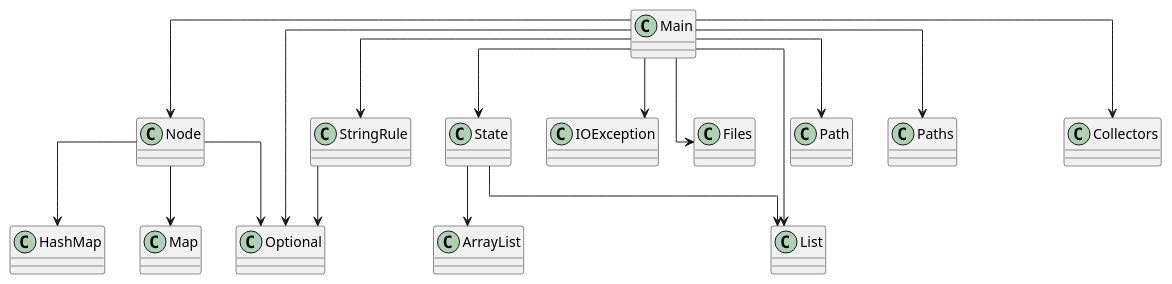
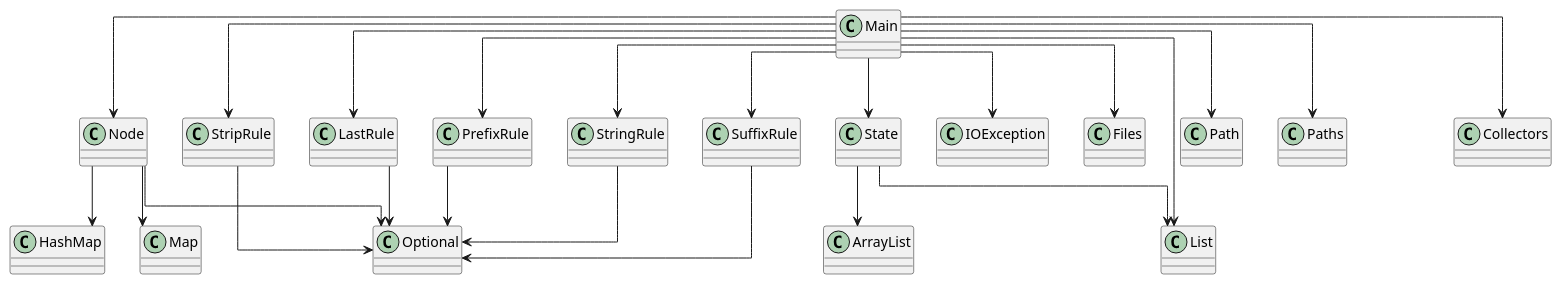
One commit to SirMathhman/Magma changed the diagram in diagram.puml. Above: the diagram before and after it, drawn with PlantUML. The commit also changed 5 other files, not shown here.

```diff
--- a/diagram.puml
+++ b/diagram.puml
@@ -1,23 +1,34 @@
 @startuml
 skinparam linetype ortho
 Node --> HashMap
 Node --> Map
 Node --> Optional
 class Node
+StripRule --> Optional
+class StripRule
+Main --> LastRule
 Main --> Node
+Main --> PrefixRule
 Main --> State
 Main --> StringRule
+Main --> StripRule
+Main --> SuffixRule
 Main --> IOException
 Main --> Files
 Main --> Path
 Main --> Paths
 Main --> List
-Main --> Optional
 Main --> Collectors
 class Main
 StringRule --> Optional
 class StringRule
+LastRule --> Optional
+class LastRule
+PrefixRule --> Optional
+class PrefixRule
+SuffixRule --> Optional
+class SuffixRule
 State --> ArrayList
 State --> List
 class State
 @enduml
```
